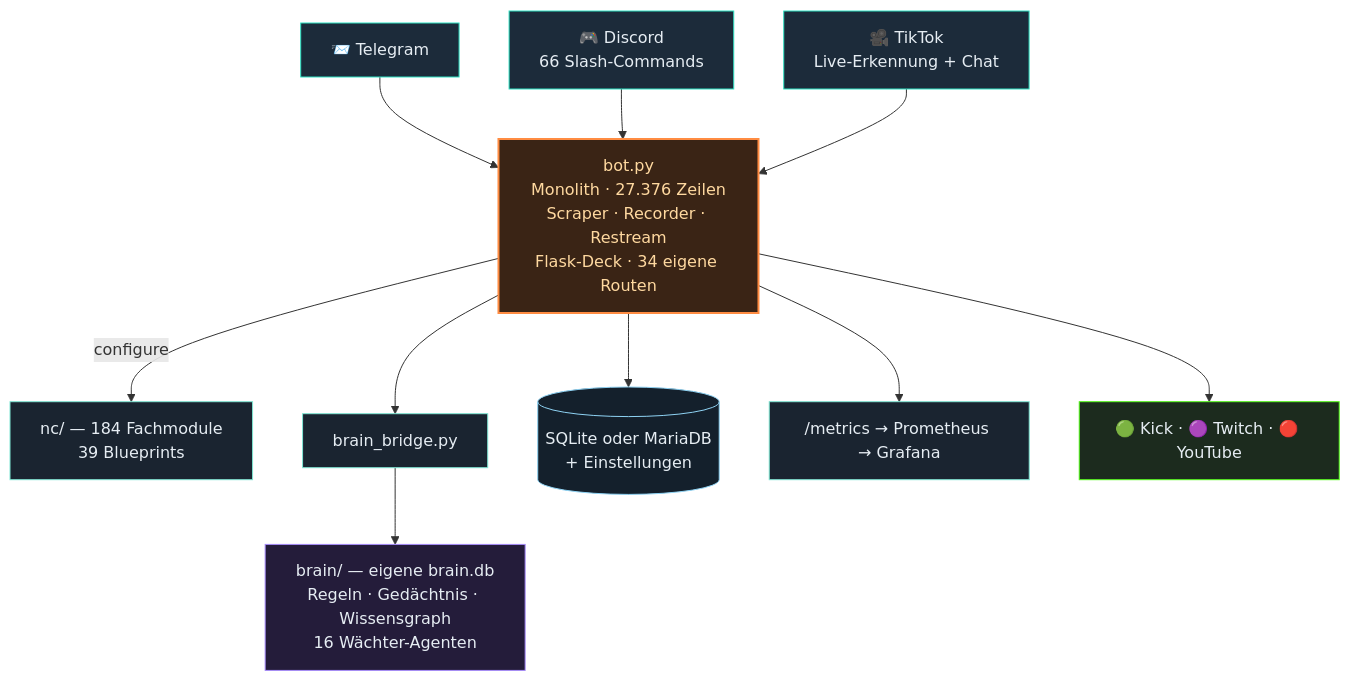
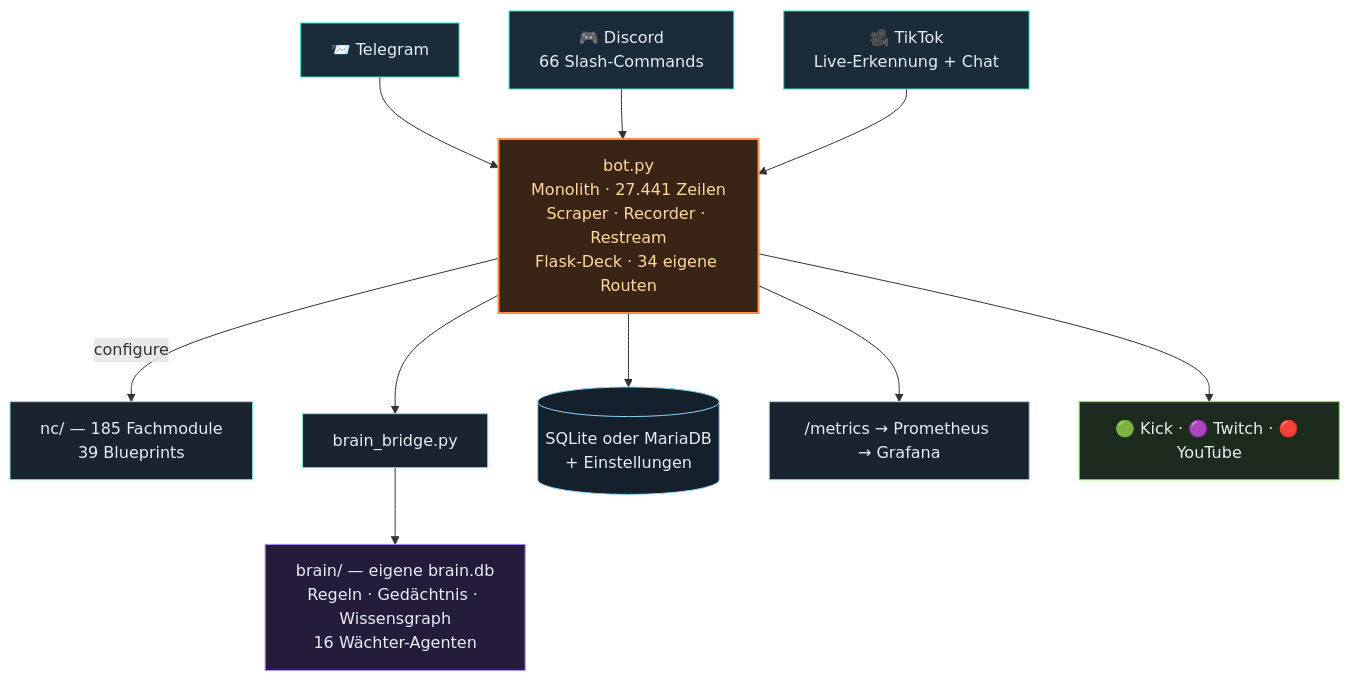
The second of 3 diagrams in README.md (itsamemedev/Telegram-Stream-Info-Bot), drawn with Mermaid before and after one commit. The commit also changed other lines of this file and 14 other files, not shown here.

````diff
--- a/README.md
+++ b/README.md
@@ -118,19 +118,19 @@
 ```mermaid
 flowchart TB
     TG["📨 Telegram"]:::ein --> BOT
     DC["🎮 Discord<br/>66 Slash-Commands"]:::ein --> BOT
     TT["🎥 TikTok<br/>Live-Erkennung + Chat"]:::ein --> BOT
-    BOT["bot.py<br/>Monolith · 27.376 Zeilen<br/>Scraper · Recorder · Restream<br/>Flask-Deck · 34 eigene Routen"]:::core
-    BOT -->|configure| NC["nc/ — 184 Fachmodule<br/>39 Blueprints"]:::lib
+    BOT["bot.py<br/>Monolith · 27.441 Zeilen<br/>Scraper · Recorder · Restream<br/>Flask-Deck · 34 eigene Routen"]:::core
+    BOT -->|configure| NC["nc/ — 185 Fachmodule<br/>39 Blueprints"]:::lib
     BOT --> BR["brain_bridge.py"]:::lib
     BR --> BRAIN["brain/ — eigene brain.db<br/>Regeln · Gedächtnis · Wissensgraph<br/>16 Wächter-Agenten"]:::brain
     BOT --> DB[("SQLite oder MariaDB<br/>+ Einstellungen")]:::db
     BOT --> PROM["/metrics → Prometheus → Grafana"]:::lib
     BOT --> OUT["🟢 Kick · 🟣 Twitch · 🔴 YouTube"]:::out
     classDef ein fill:#1c2b3a,stroke:#2de1c2,color:#e6edf3
     classDef core fill:#3a2415,stroke:#ff8c42,stroke-width:2px,color:#ffd9a0
     classDef lib fill:#1a2430,stroke:#7fe7d4,color:#e6edf3
     classDef brain fill:#241c3a,stroke:#a78bfa,color:#e6edf3
     classDef db fill:#14202c,stroke:#8fd3f4,color:#e6edf3
     classDef out fill:#1c2b1e,stroke:#53fc18,color:#e6edf3
 ```
````
